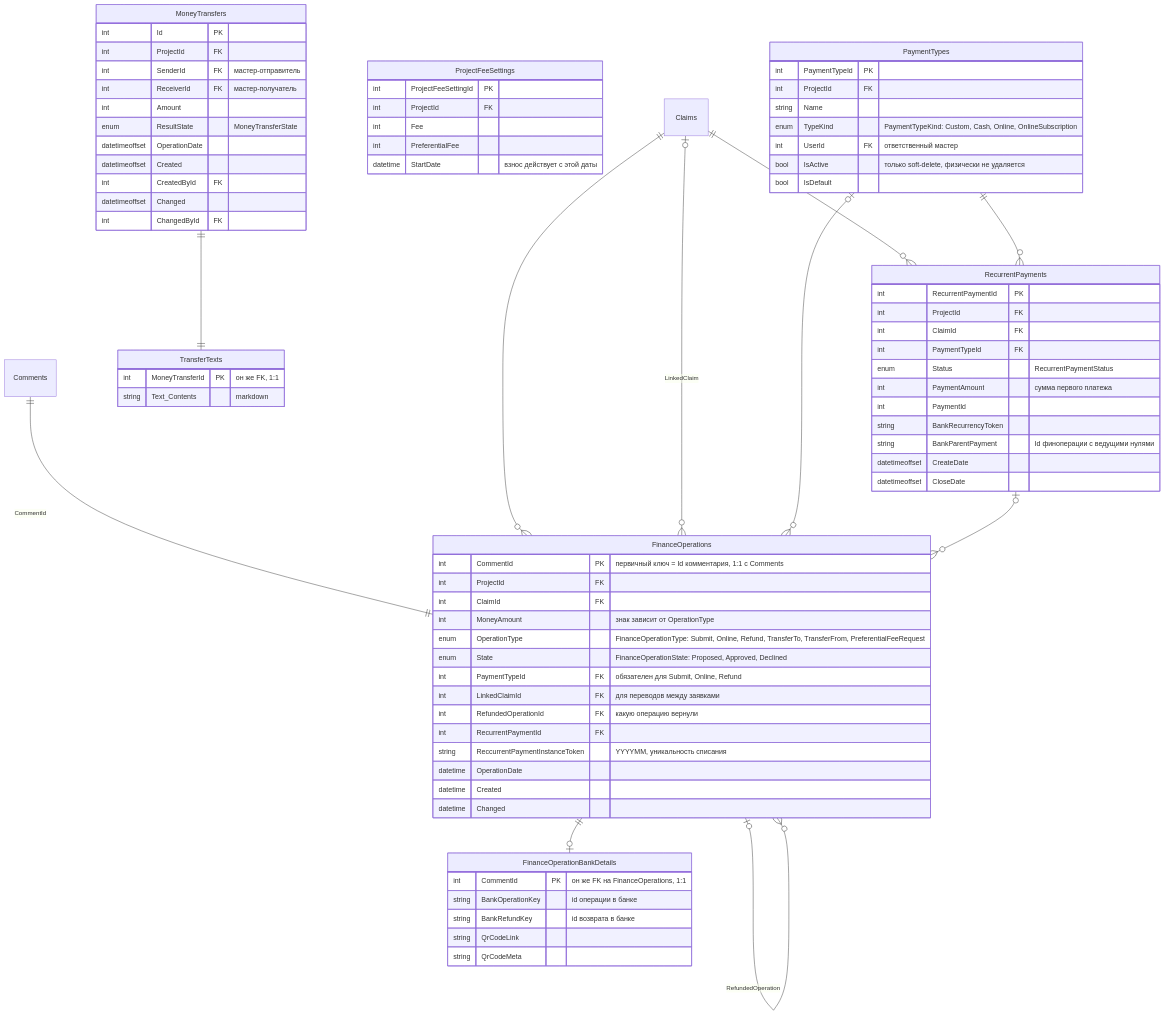
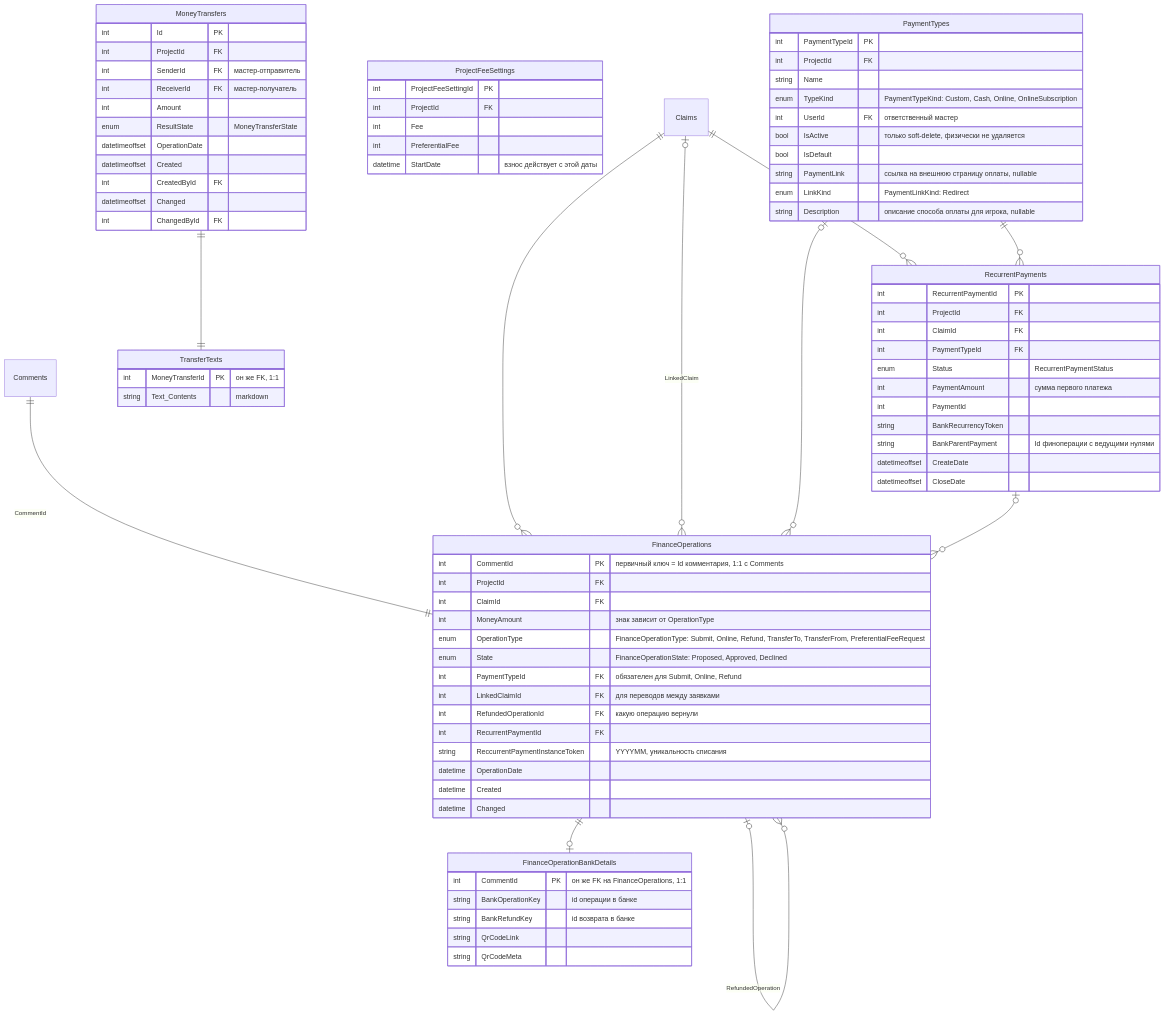
One commit to joinrpg/joinrpg-net changed the seventh of 11 diagrams in docs/db-schema.md. Above: the diagram before and after it, drawn with Mermaid. The commit also changed 10 other files, not shown here.

First line of the commit message:
feat(Finance): PaymentType — ссылка оплаты, вид ссылки и описание (PR 1) (#6039)

```diff
--- a/docs/db-schema.md
+++ b/docs/db-schema.md
@@ -597,6 +597,9 @@
         int UserId FK "ответственный мастер"
         bool IsActive "только soft-delete, физически не удаляется"
         bool IsDefault
+        string PaymentLink "ссылка на внешнюю страницу оплаты, nullable"
+        enum LinkKind "PaymentLinkKind: Redirect"
+        string Description "описание способа оплаты для игрока, nullable"
     }
 
     ProjectFeeSettings {
```
